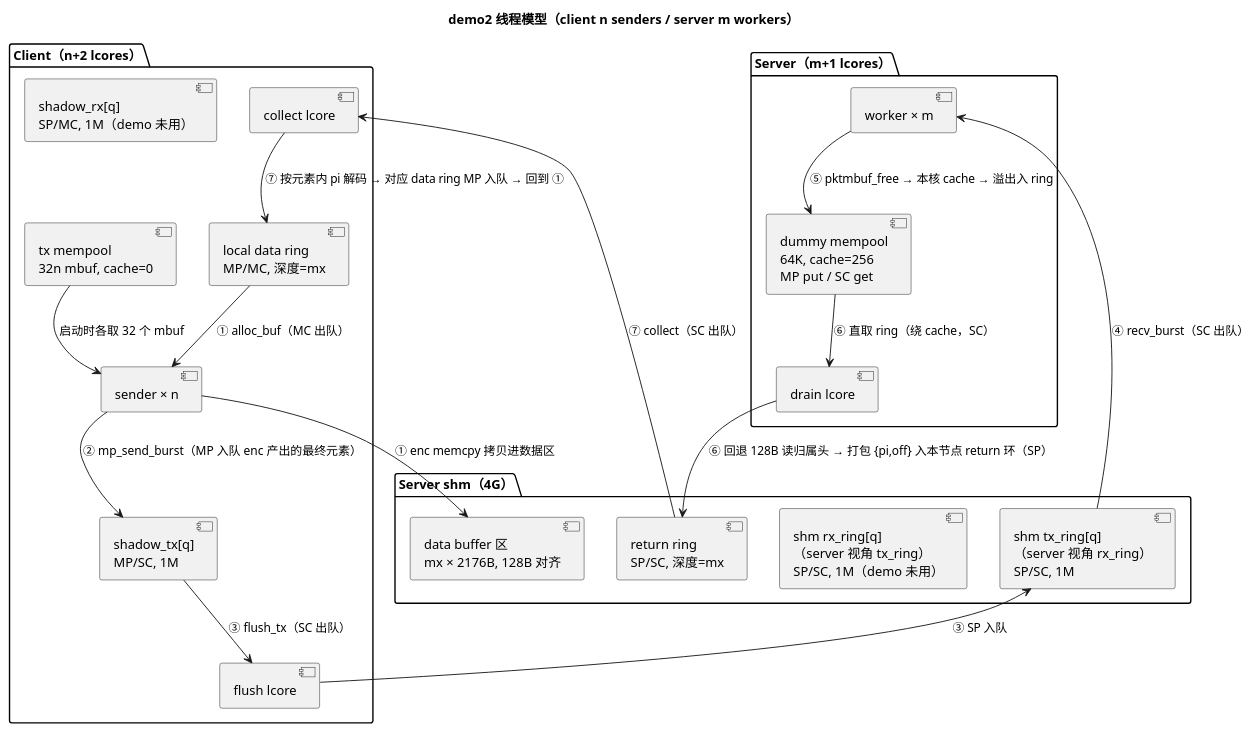
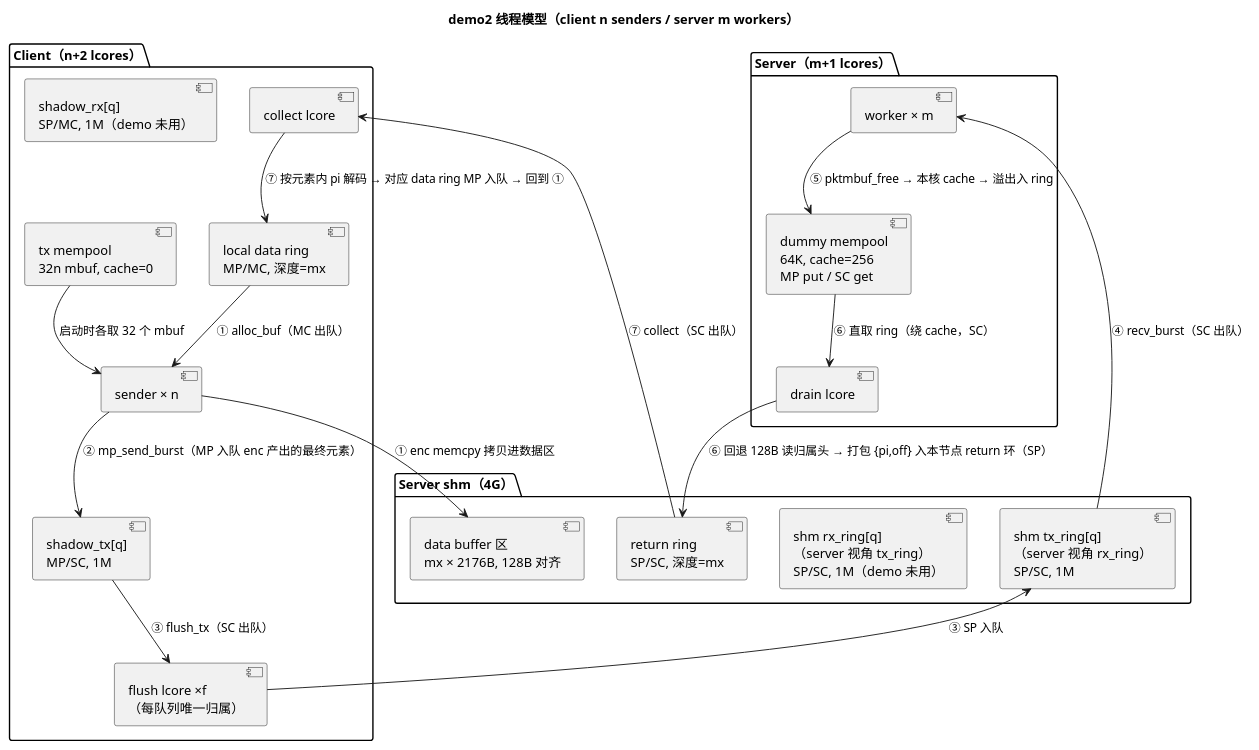
The first of 2 diagrams in demo2/ub_ring_model.md (kunpengcompute/dpdk), drawn with PlantUML before and after one commit. The commit also changed other lines of this file and 1 other file, not shown here.

Commit message:
demo2 support multithread flush

````diff
--- a/demo2/ub_ring_model.md
+++ b/demo2/ub_ring_model.md
@@ -63,41 +65,41 @@
 ```plantuml
 @startuml
 title demo2 线程模型（client n senders / server m workers）
 
 package "Client（n+2 lcores）" {
   component "sender × n" as SND
-  component "flush lcore" as FL
+  component "flush lcore ×f\n（每队列唯一归属）" as FL
   component "collect lcore" as COL
   component "local data ring\nMP/MC, 深度=mx" as LDR
   component "shadow_tx[q]\nMP/SC, 1M" as STX
   component "shadow_rx[q]\nSP/MC, 1M（demo 未用）" as SRX
   component "tx mempool\n32n mbuf, cache=0" as TMP
 }
 
 package "Server shm（4G）" {
   component "shm tx_ring[q]\n（server 视角 rx_ring）\nSP/SC, 1M" as STXR
   component "shm rx_ring[q]\n（server 视角 tx_ring）\nSP/SC, 1M（demo 未用）" as SRXR
   component "return ring\nSP/SC, 深度=mx" as RR
   component "data buffer 区\nmx × 2176B, 128B 对齐" as DB
 }
 
 package "Server（m+1 lcores）" {
   component "worker × m" as WK
   component "drain lcore" as DRN
   component "dummy mempool\n64K, cache=256\nMP put / SC get" as DUM
 }
 
 TMP --> SND : 启动时各取 32 个 mbuf
 LDR --> SND : ① alloc_buf（MC 出队）
 SND --> DB : ① enc memcpy 拷贝进数据区
 SND --> STX : ② mp_send_burst（MP 入队 enc 产出的最终元素）
 STX --> FL : ③ flush_tx（SC 出队）
 FL --> STXR : ③ SP 入队
 STXR --> WK : ④ recv_burst（SC 出队）
 WK --> DUM : ⑤ pktmbuf_free → 本核 cache → 溢出入 ring
 DUM --> DRN : ⑥ 直取 ring（绕 cache，SC）
 DRN --> RR : ⑥ 回退 128B 读归属头 → 打包 {pi,off} 入本节点 return 环（SP）
 RR --> COL : ⑦ collect（SC 出队）
 COL --> LDR : ⑦ 按元素内 pi 解码 → 对应 data ring MP 入队 → 回到 ①
 @enduml
 ```
````
